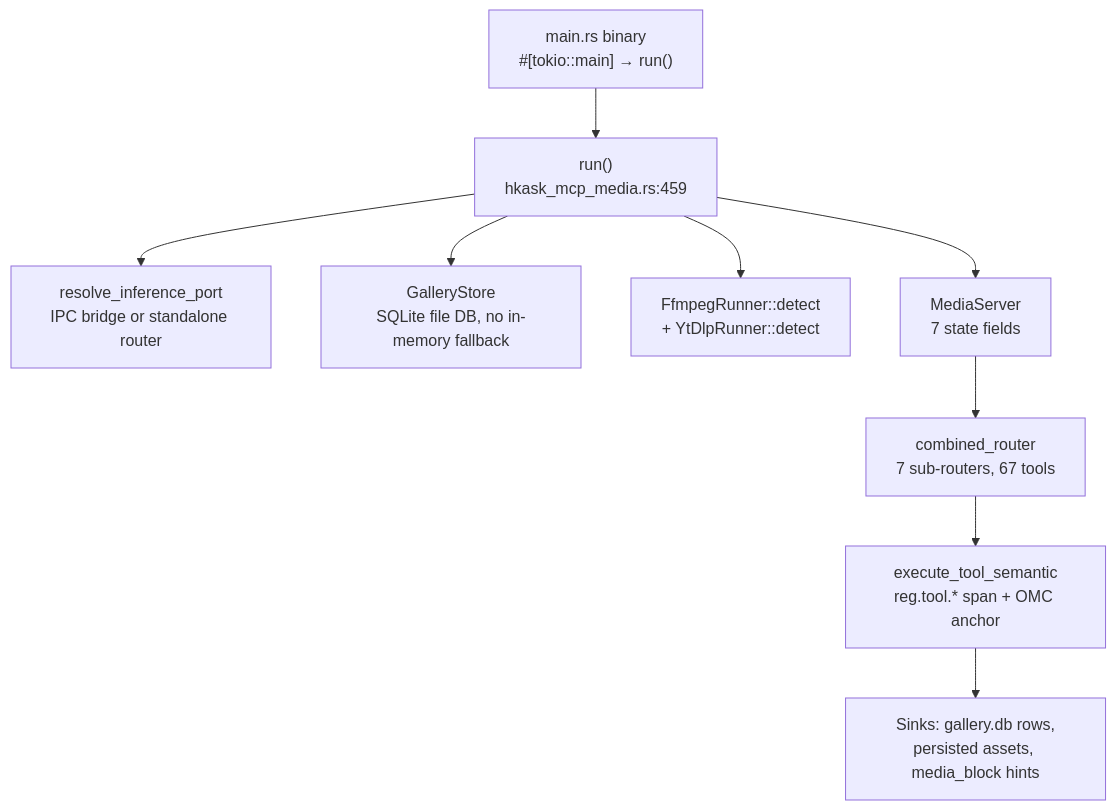
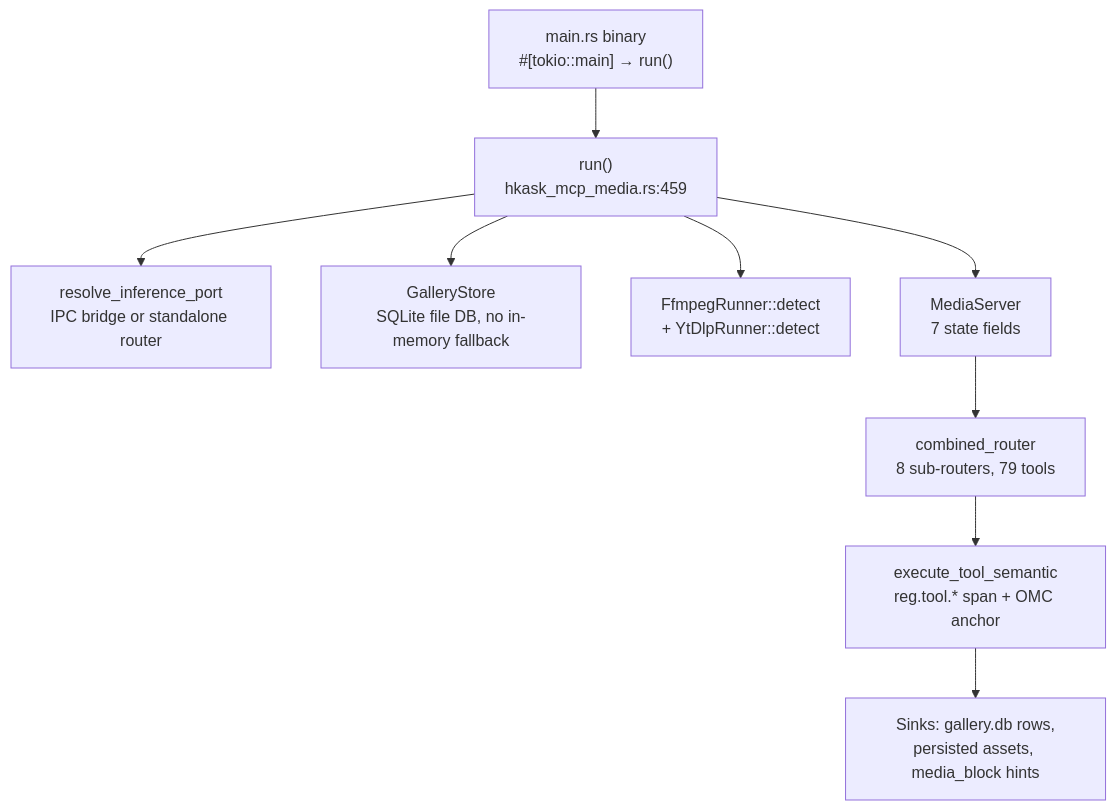
The diagram in kask/docs/reference/mcp-servers/media.md (mdz-axo/zed-kask), drawn with Mermaid before and after one commit. The commit also changed other lines of this file and 36 other files, not shown here.

````diff
--- a/kask/docs/reference/mcp-servers/media.md
+++ b/kask/docs/reference/mcp-servers/media.md
@@ -24,21 +24,21 @@
 ```mermaid
 flowchart TD
     binary["main.rs binary<br/>#[tokio::main] → run()"]
     run["run()<br/>hkask_mcp_media.rs:459"]
     port["resolve_inference_port<br/>IPC bridge or standalone router"]
     db["GalleryStore<br/>SQLite file DB, no in-memory fallback"]
     ffmpeg["FfmpegRunner::detect<br/>+ YtDlpRunner::detect"]
     server["MediaServer<br/>7 state fields"]
-    router["combined_router<br/>7 sub-routers, 67 tools"]
+    router["combined_router<br/>8 sub-routers, 79 tools"]
     semantic["execute_tool_semantic<br/>reg.tool.* span + OMC anchor"]
     sinks["Sinks: gallery.db rows,<br/>persisted assets, media_block hints"]
 
     binary --> run
     run --> port
     run --> db
     run --> ffmpeg
     run --> server
     server --> router
     router --> semantic
     semantic --> sinks
 ```
````
